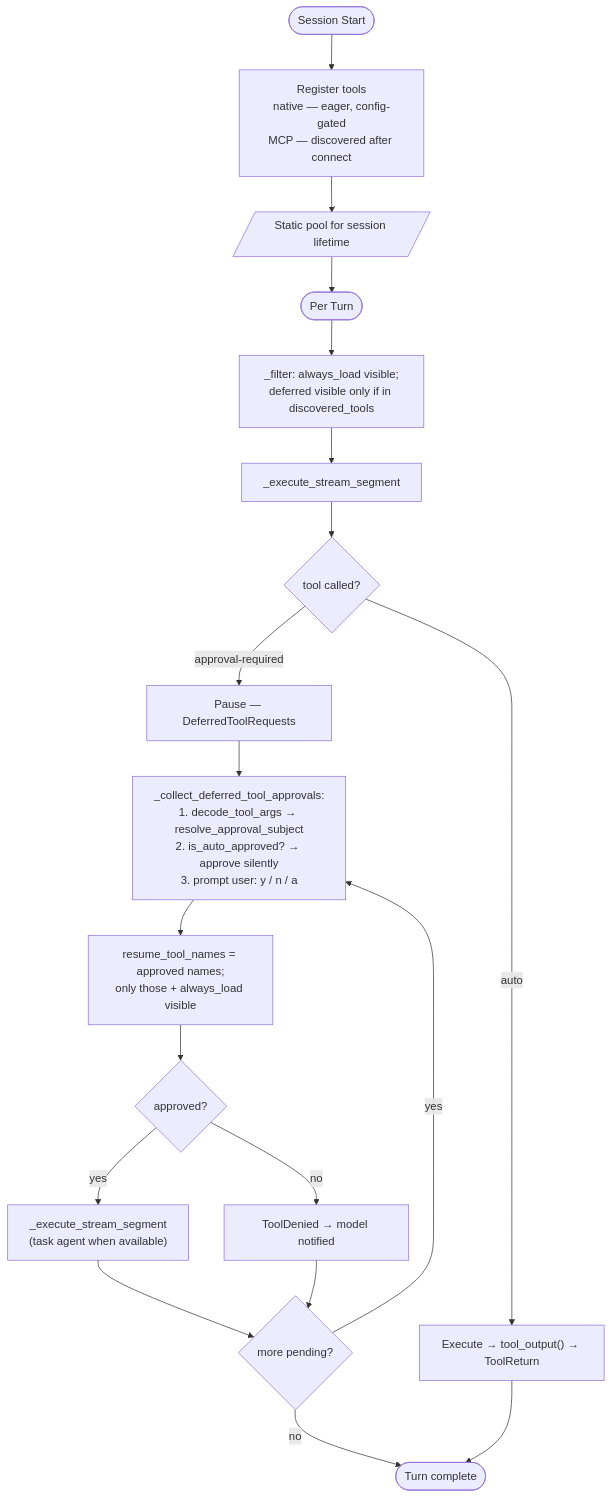
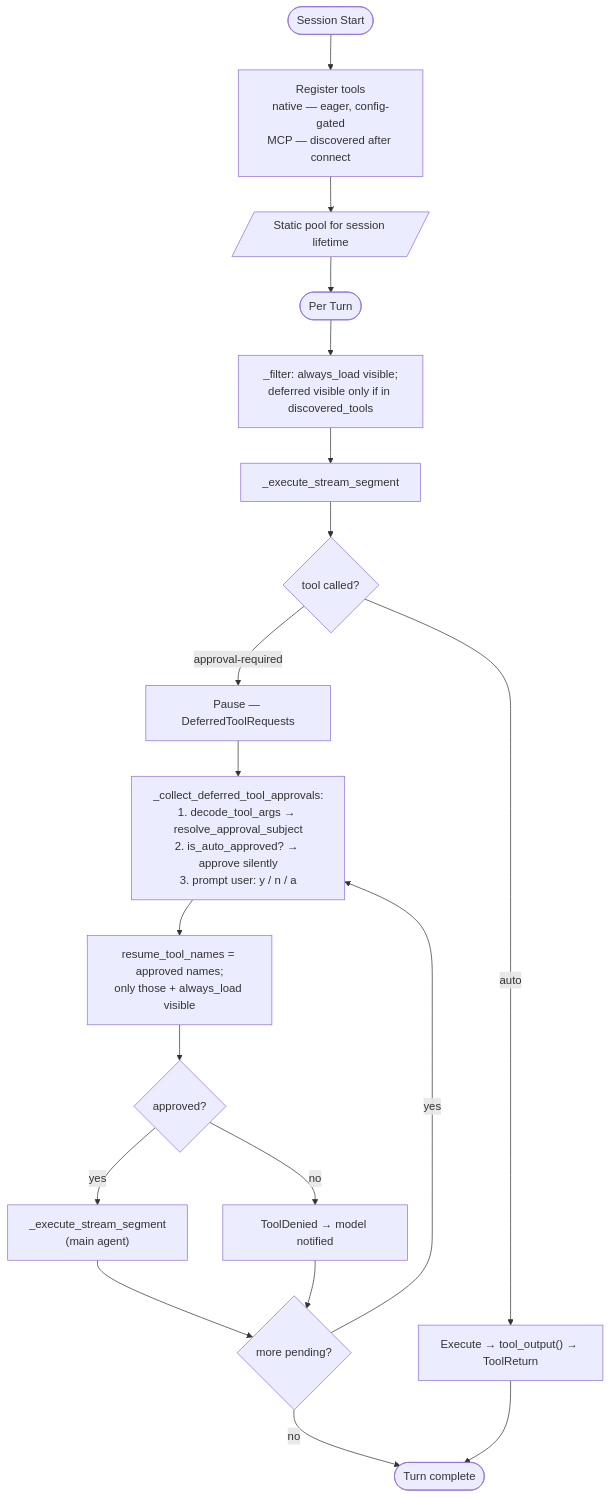
Before and after one commit to binlecode/co-cli: the diagram in docs/DESIGN-tools.md, drawn with Mermaid. The commit also changed other lines of this file and 18 other files, not shown here.

First line of the commit message:
refactor: drop task agent — resume on main agent directly

````diff
--- a/docs/DESIGN-tools.md
+++ b/docs/DESIGN-tools.md
@@ -82,25 +82,25 @@
 ```mermaid
 flowchart TD
     S([Session Start]) --> REG["Register tools\nnative — eager, config-gated\nMCP — discovered after connect"]
     REG --> POOL[/"Static pool for session lifetime"/]
 
     POOL --> TURN([Per Turn])
     TURN --> FILTER["_filter: always_load visible;\ndeferred visible only if in discovered_tools"]
     FILTER --> SEG[_execute_stream_segment]
     SEG --> T{tool called?}
 
     T -->|auto| EX["Execute → tool_output() → ToolReturn"]
     T -->|approval-required| PAUSE["Pause — DeferredToolRequests"]
 
     PAUSE --> COLLECT["_collect_deferred_tool_approvals:\n1. decode_tool_args → resolve_approval_subject\n2. is_auto_approved? → approve silently\n3. prompt user: y / n / a"]
     COLLECT --> NARROW["resume_tool_names = approved names;\nonly those + always_load visible"]
     NARROW --> AP{approved?}
-    AP -->|yes| RESUME["_execute_stream_segment\n(task agent when available)"]
+    AP -->|yes| RESUME["_execute_stream_segment\n(main agent)"]
     AP -->|no| DENY["ToolDenied → model notified"]
     RESUME --> MORE{more pending?}
     DENY --> MORE
     MORE -->|yes| COLLECT
     MORE -->|no| DONE
 
     EX --> DONE([Turn complete])
 ```
````
